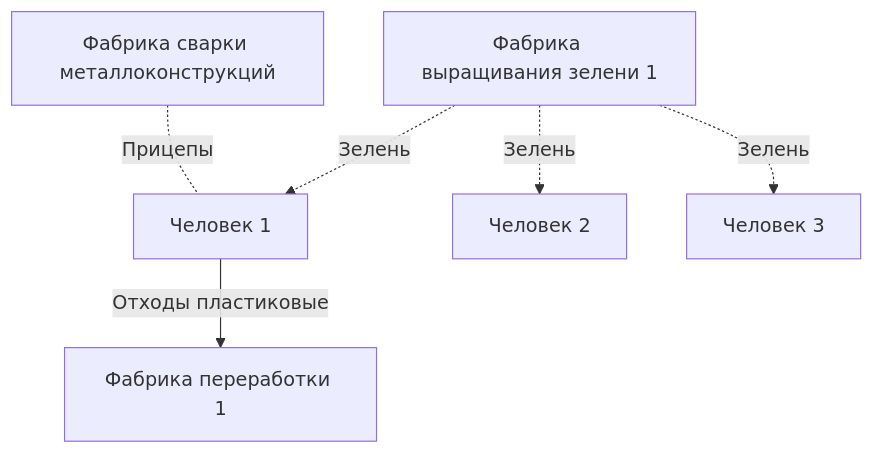
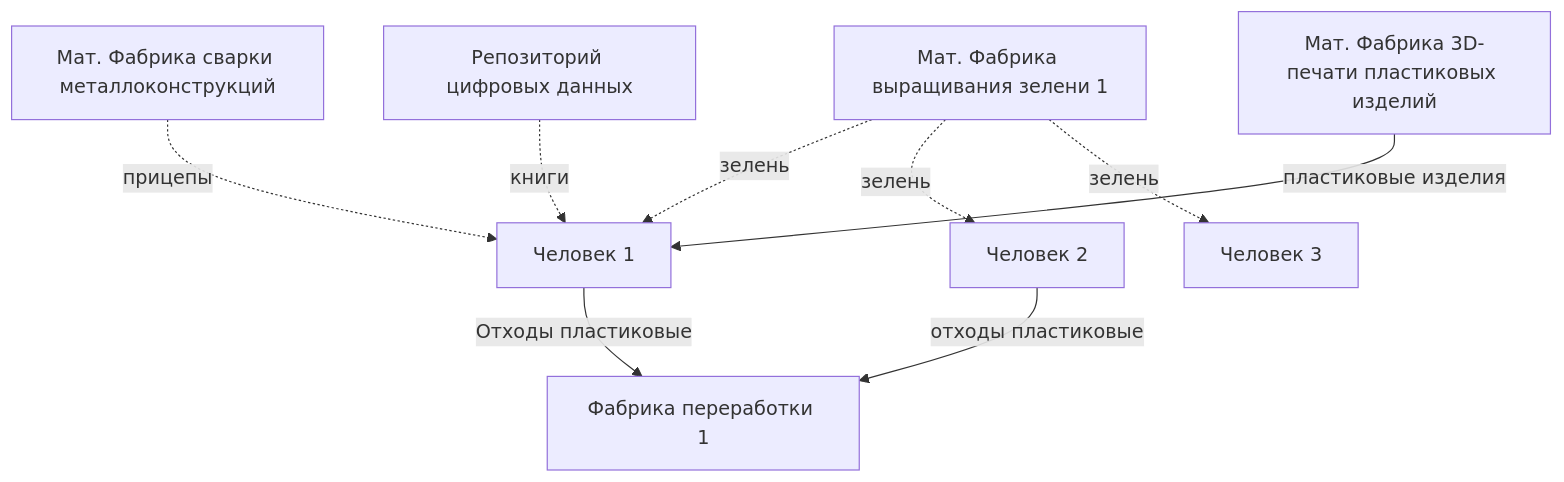
The diagram in ТекущийЭкономическийБазис.md (shyzik93/settlement_charter), drawn with Mermaid before and after one commit. The commit also changed other lines of this file, not shown here.

````diff
--- a/ТекущийЭкономическийБазис.md
+++ b/ТекущийЭкономическийБазис.md
@@ -9,8 +14,12 @@
 ```mermaid
-graph TD
+flowchart TD
     A[Человек 1] --> |Отходы пластиковые|B[Фабрика переработки 1]
-    C[Фабрика выращивания зелени 1] -.-> |Зелень|A
-    C -.-> |Зелень|F[Человек 2]
-    C -.-> |Зелень|E[Человек 3]
-    D[Фабрика сварки металлоконструкций] -.- |Прицепы|A
+    C[Мат. Фабрика выращивания зелени 1] -.-> |зелень|A
+    C -.-> |зелень|F[Человек 2]
+    C -.-> |зелень|E[Человек 3]
+    D[Мат. Фабрика сварки металлоконструкций] -.-> |прицепы|A
+    G[Репозиторий цифровых данных] -.-> |книги|A
+    F --> |отходы пластиковые|B
+    H[Мат. Фабрика 3D-печати пластиковых изделий] --> |пластиковые изделия|A
+
 ```
````
